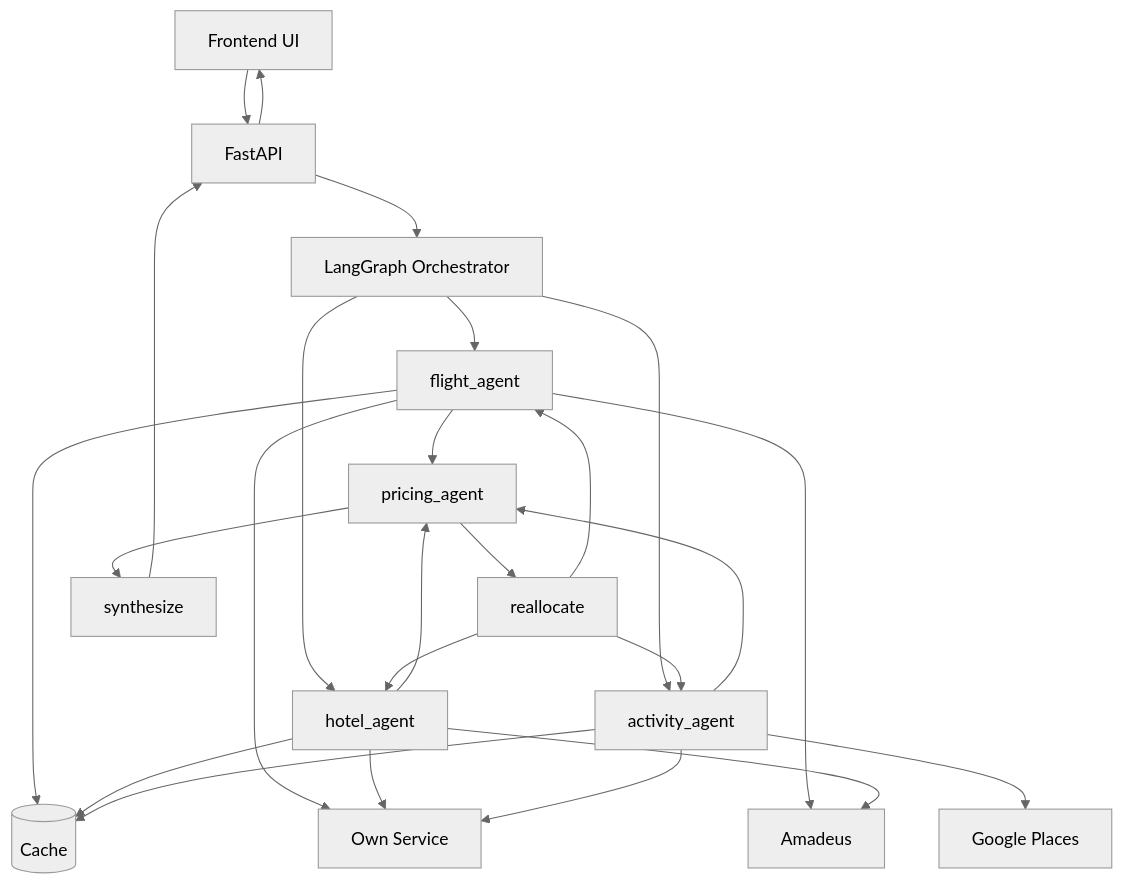
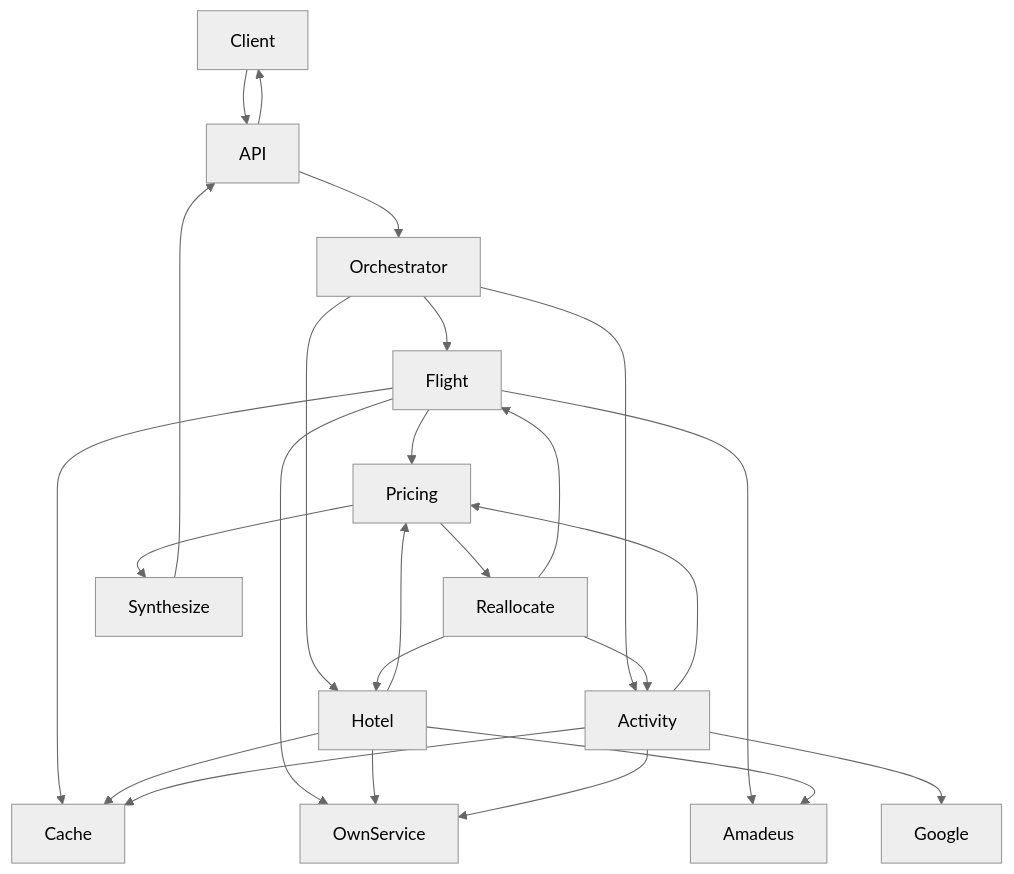
One commit to Paarth01/multi-agent-ai-travel-planner changed the diagram in README.md. Above: the diagram before and after it, drawn with Mermaid (neutral theme).

Commit message:
docs: make Mermaid diagram minimal to avoid GitHub parser errors

````diff
--- a/README.md
+++ b/README.md
@@ -48,43 +48,43 @@
 ```mermaid
 flowchart TD
-  Client[Frontend UI]
-  API[FastAPI]
-  Orchestrator[LangGraph Orchestrator]
-  Flight[flight_agent]
-  Hotel[hotel_agent]
-  Activity[activity_agent]
-  Pricing[pricing_agent]
-  Reallocate[reallocate]
-  Synthesize[synthesize]
-  Cache[(Cache)]
-  OwnService[Own Service]
-  Amadeus[Amadeus]
-  Google[Google Places]
+  Client
+  API
+  Orchestrator
+  Flight
+  Hotel
+  Activity
+  Pricing
+  Reallocate
+  Synthesize
+  Cache
+  OwnService
+  Amadeus
+  Google
 
   Client --> API
   API --> Orchestrator
   Orchestrator --> Flight
   Orchestrator --> Hotel
   Orchestrator --> Activity
   Flight --> Pricing
   Hotel --> Pricing
   Activity --> Pricing
   Pricing --> Reallocate
   Pricing --> Synthesize
   Reallocate --> Flight
   Reallocate --> Hotel
   Reallocate --> Activity
   Synthesize --> API
   API --> Client
 
   Flight --> Cache
   Hotel --> Cache
   Activity --> Cache
 
   Flight --> OwnService
   Hotel --> OwnService
   Activity --> OwnService
   Flight --> Amadeus
   Hotel --> Amadeus
   Activity --> Google
 ```
````
